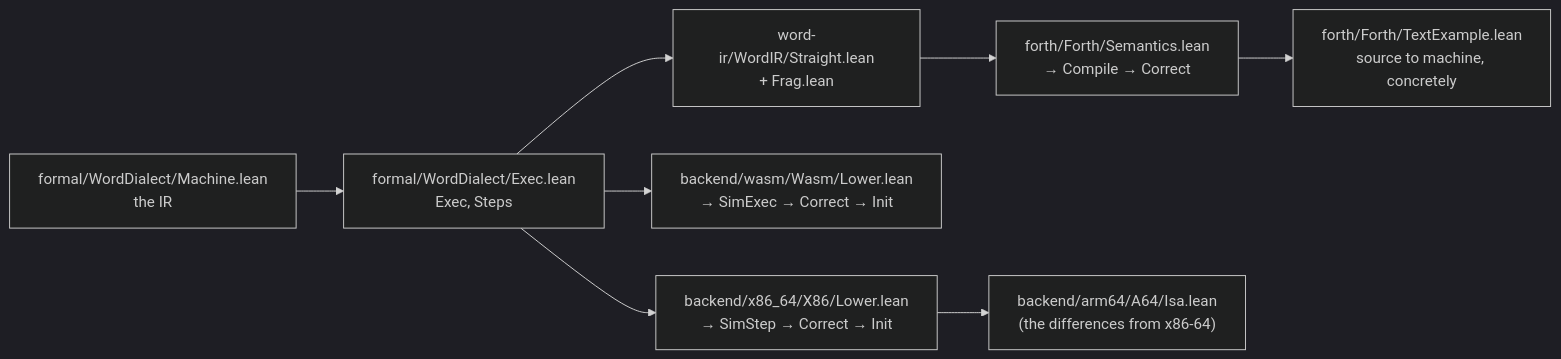
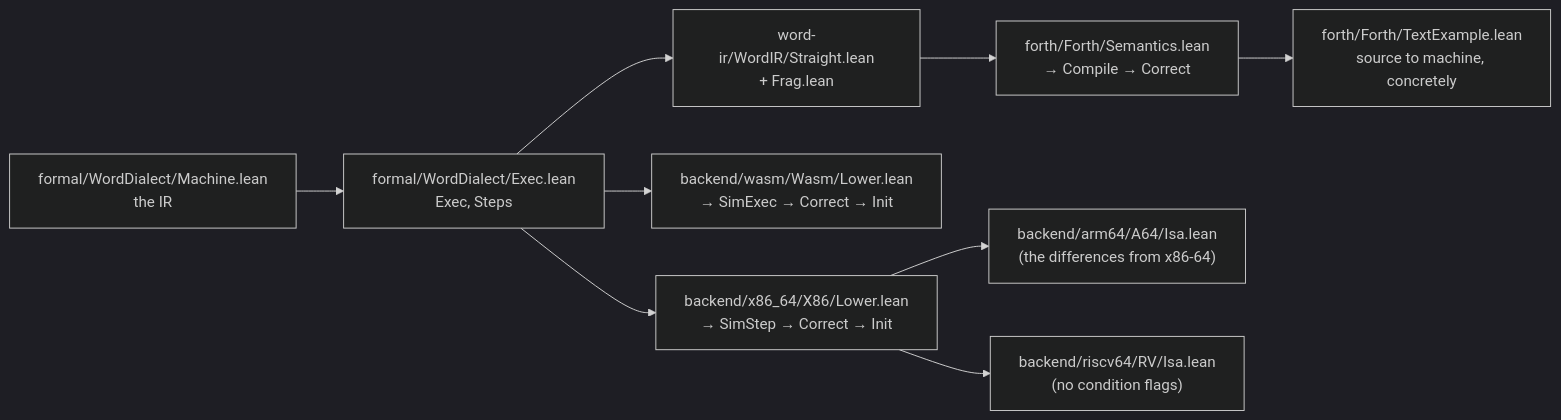
Diagram 17 of 17 in docs/README.md (SNAPKITTYAGENT9NOVA/ai-free), drawn with Mermaid (dark theme) before and after one commit. The commit also changed other lines of this file and 27 other files, not shown here.

````diff
--- a/docs/README.md
+++ b/docs/README.md
@@ -1003,10 +1045,11 @@
 ```mermaid
 flowchart LR
   A["formal/WordDialect/Machine.lean<br/>the IR"] --> B["formal/WordDialect/Exec.lean<br/>Exec, Steps"]
   B --> C["word-ir/WordIR/Straight.lean<br/>+ Frag.lean"]
   C --> D["forth/Forth/Semantics.lean<br/>→ Compile → Correct"]
   B --> E["backend/wasm/Wasm/Lower.lean<br/>→ SimExec → Correct → Init"]
   B --> F["backend/x86_64/X86/Lower.lean<br/>→ SimStep → Correct → Init"]
   F --> AA["backend/arm64/A64/Isa.lean<br/>(the differences from x86-64)"]
+  F --> RR["backend/riscv64/RV/Isa.lean<br/>(no condition flags)"]
   D --> G["forth/Forth/TextExample.lean<br/>source to machine, concretely"]
 ```
````
